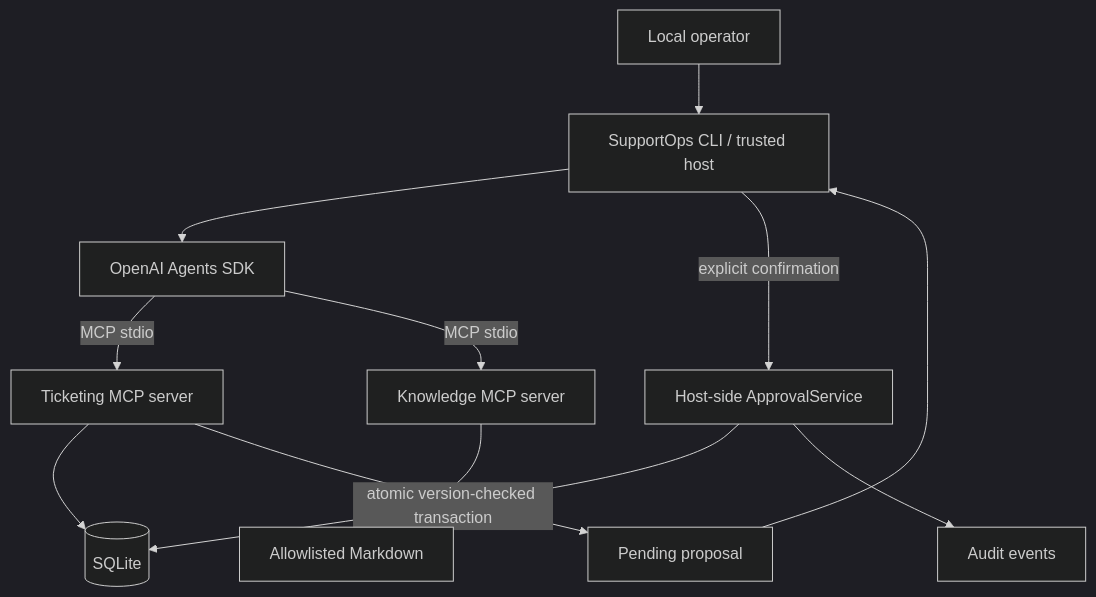
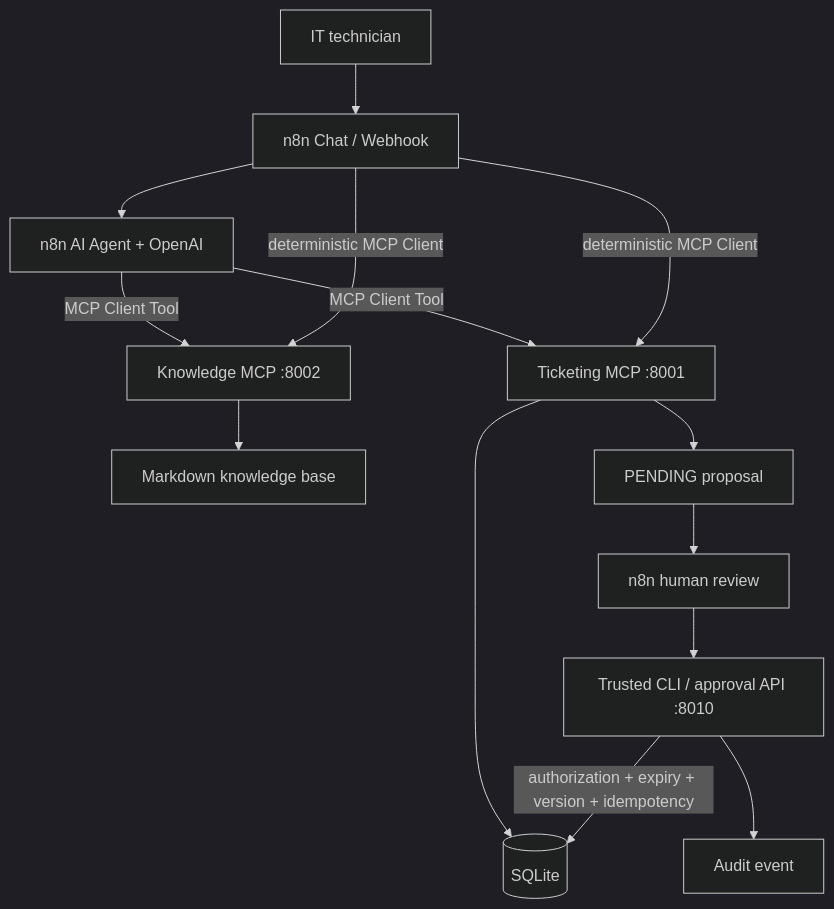
One commit to TsinjoNantosoa/SupportOps-MCP changed the diagram in README.md. Above: the diagram before and after it, drawn with Mermaid (dark theme). The commit also changed other lines of this file and 48 other files, not shown here.

First line of the commit message:
feat: Enhance proposal management with idempotency and correlation support

````diff
--- a/README.md
+++ b/README.md
@@ -11,14 +9,16 @@
 ```mermaid
 flowchart TD
-    U[Local operator] --> CLI[SupportOps CLI / trusted host]
-    CLI --> A[OpenAI Agents SDK]
-    A -->|MCP stdio| T[Ticketing MCP server]
-    A -->|MCP stdio| K[Knowledge MCP server]
-    T --> DB[(SQLite)]
-    K --> MD[Allowlisted Markdown]
-    T --> P[Pending proposal]
-    P --> CLI
-    CLI -->|explicit confirmation| AP[Host-side ApprovalService]
-    AP -->|atomic version-checked transaction| DB
-    AP --> AU[Audit events]
+  User[IT technician] --> N[n8n Chat / Webhook]
+  N --> Agent[n8n AI Agent + OpenAI]
+  Agent -->|MCP Client Tool| Ticket[Ticketing MCP :8001]
+  Agent -->|MCP Client Tool| Knowledge[Knowledge MCP :8002]
+  N -->|deterministic MCP Client| Ticket
+  N -->|deterministic MCP Client| Knowledge
+  Ticket --> DB[(SQLite)]
+  Knowledge --> KB[Markdown knowledge base]
+  Ticket --> Proposal[PENDING proposal]
+  Proposal --> Review[n8n human review]
+  Review --> Control[Trusted CLI / approval API :8010]
+  Control -->|authorization + expiry + version + idempotency| DB
+  Control --> Audit[Audit event]
 ```
````
